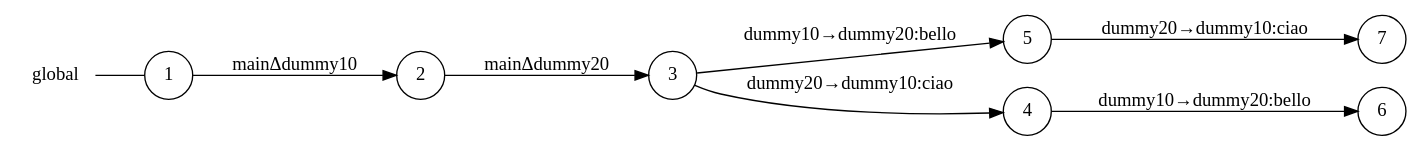
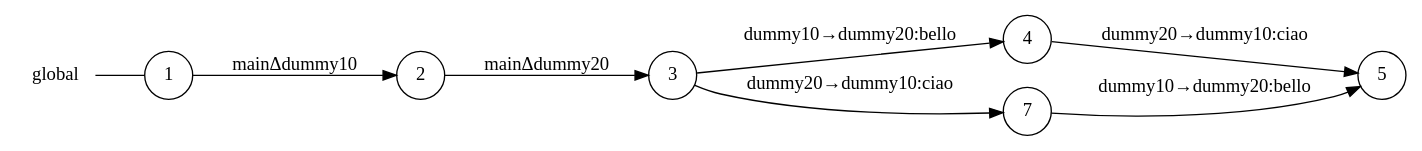
One commit to gabrielegenovese/chorer changed the diagram in examples/async/main_global_view.dot. Above: the diagram before and after it, drawn with Graphviz. The commit also changed 8 other files, not shown here.

```diff
--- a/examples/async/main_global_view.dot
+++ b/examples/async/main_global_view.dot
@@ -1,19 +1,18 @@
 digraph global {
 	rankdir="LR";
 	n_0 [label="global", shape="plaintext"];
 	n_1 [id="5", shape=circle, label="5"];
-	n_2 [id="6", shape=circle, label="6"];
-	n_3 [id="1", shape=circle, label="1"];
-	n_0 -> n_3 [arrowhead=none];
-	n_4 [id="2", shape=circle, label="2"];
-	n_5 [id="4", shape=circle, label="4"];
-	n_6 [id="7", shape=circle, label="7"];
-	n_7 [id="3", shape=circle, label="3"];
+	n_2 [id="1", shape=circle, label="1"];
+	n_0 -> n_2 [arrowhead=none];
+	n_3 [id="2", shape=circle, label="2"];
+	n_4 [id="4", shape=circle, label="4"];
+	n_5 [id="7", shape=circle, label="7"];
+	n_6 [id="3", shape=circle, label="3"];
 
-	n_7 -> n_5 [id="[$e|2]", label="dummy20→dummy10:ciao"];
-	n_3 -> n_4 [id="[$e|0]", label="mainΔdummy10"];
-	n_4 -> n_7 [id="[$e|1]", label="mainΔdummy20"];
-	n_1 -> n_6 [id="[$e|5]", label="dummy20→dummy10:ciao"];
-	n_7 -> n_1 [id="[$e|3]", label="dummy10→dummy20:bello"];
-	n_5 -> n_2 [id="[$e|4]", label="dummy10→dummy20:bello"];
+	n_6 -> n_5 [id="[$e|2]", label="dummy20→dummy10:ciao"];
+	n_2 -> n_3 [id="[$e|0]", label="mainΔdummy10"];
+	n_4 -> n_1 [id="[$e|5]", label="dummy20→dummy10:ciao"];
+	n_5 -> n_1 [id="[$e|6]", label="dummy10→dummy20:bello"];
+	n_6 -> n_4 [id="[$e|3]", label="dummy10→dummy20:bello"];
+	n_3 -> n_6 [id="[$e|4]", label="mainΔdummy20"];
 }
```
